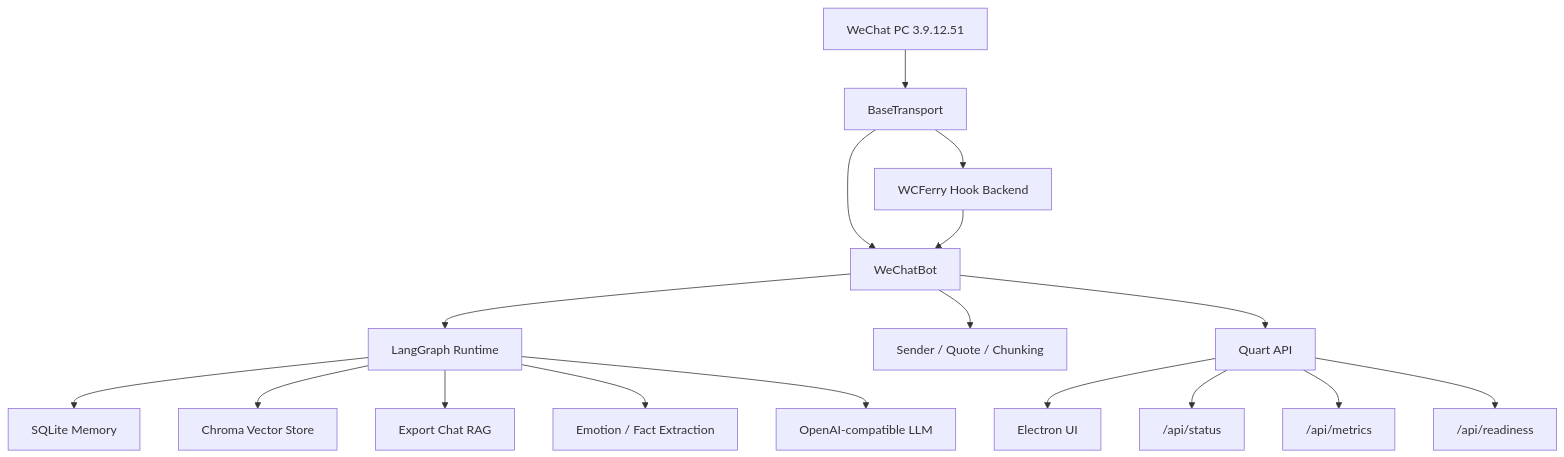
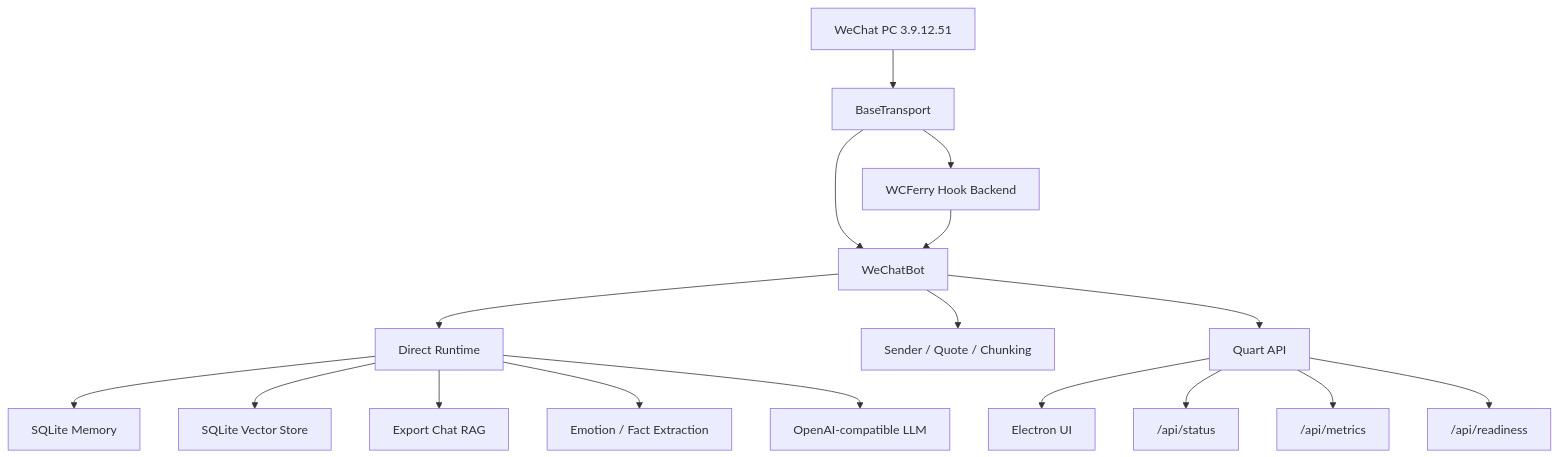
The diagram in README.md (byteD-x/wechat-bot), drawn with Mermaid before and after one commit. The commit also changed other lines of this file and 5 other files, not shown here.

First line of the commit message:
refactor(vector): Chroma 换 SQLite 向量层,移除重型依赖树

````diff
--- a/README.md
+++ b/README.md
@@ -96,20 +96,20 @@
 ```mermaid
 flowchart TD
     A[WeChat PC 3.9.12.51] --> B[BaseTransport]
     B --> B1[WCFerry Hook Backend]
     B --> C[WeChatBot]
     B1 --> C[WeChatBot]
 
-    C --> D[LangGraph Runtime]
+    C --> D[Direct Runtime]
     D --> E[SQLite Memory]
-    D --> F[Chroma Vector Store]
+    D --> F[SQLite Vector Store]
     D --> G[Export Chat RAG]
     D --> H[Emotion / Fact Extraction]
     D --> I[OpenAI-compatible LLM]
     C --> J[Sender / Quote / Chunking]
     C --> K[Quart API]
     K --> L[Electron UI]
     K --> M["/api/status"]
     K --> N["/api/metrics"]
     K --> O["/api/readiness"]
 ```
````
